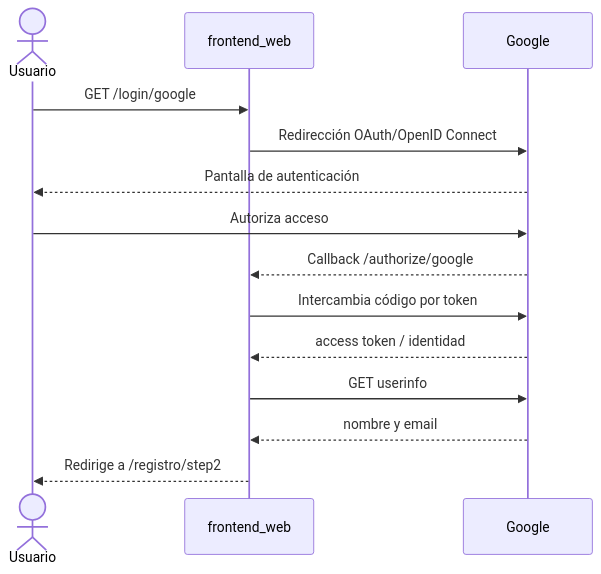
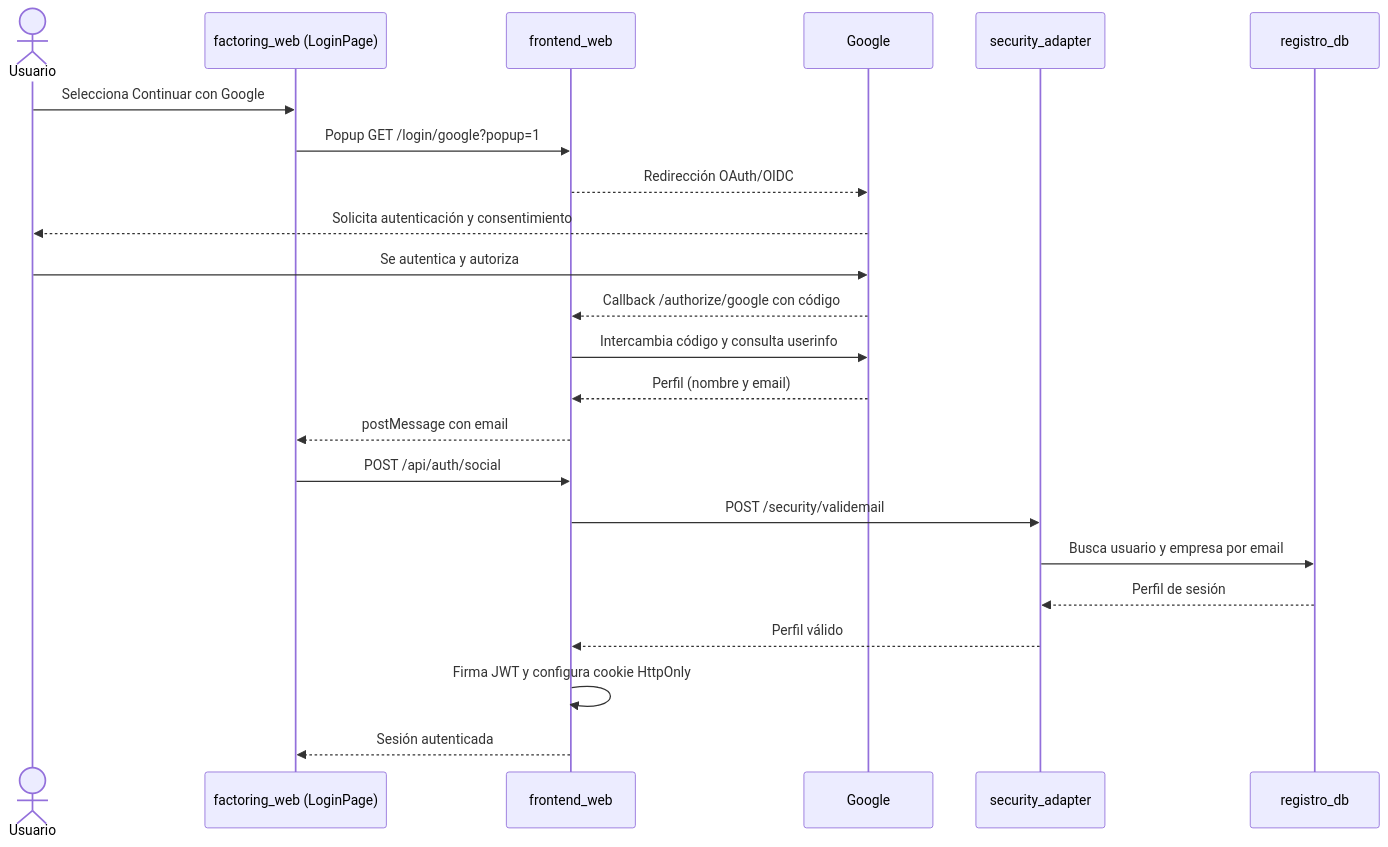
One commit to syslet/tecsup-arq-factoring-dist changed the fifth of 6 diagrams in README.md. Above: the diagram before and after it, drawn with Mermaid. The commit also changed other lines of this file and 28 other files, not shown here.

````diff
--- a/README.md
+++ b/README.md
@@ -241,17 +312,26 @@
 ```mermaid
 sequenceDiagram
     actor Usuario
-    participant Frontend as frontend_web
+    participant Web as factoring_web (LoginPage)
+    participant API as frontend_web
     participant Google
+    participant Security as security_adapter
+    participant DB as registro_db
 
-    Usuario->>Frontend: GET /login/google
-    Frontend->>Google: Redirección OAuth/OpenID Connect
-    Google-->>Usuario: Pantalla de autenticación
-    Usuario->>Google: Autoriza acceso
-    Google-->>Frontend: Callback /authorize/google
-    Frontend->>Google: Intercambia código por token
-    Google-->>Frontend: access token / identidad
-    Frontend->>Google: GET userinfo
-    Google-->>Frontend: nombre y email
-    Frontend-->>Usuario: Redirige a /registro/step2
+    Usuario->>Web: Selecciona Continuar con Google
+    Web->>API: Popup GET /login/google?popup=1
+    API-->>Google: Redirección OAuth/OIDC
+    Google-->>Usuario: Solicita autenticación y consentimiento
+    Usuario->>Google: Se autentica y autoriza
+    Google-->>API: Callback /authorize/google con código
+    API->>Google: Intercambia código y consulta userinfo
+    Google-->>API: Perfil (nombre y email)
+    API-->>Web: postMessage con email
+    Web->>API: POST /api/auth/social
+    API->>Security: POST /security/validemail
+    Security->>DB: Busca usuario y empresa por email
+    DB-->>Security: Perfil de sesión
+    Security-->>API: Perfil válido
+    API->>API: Firma JWT y configura cookie HttpOnly
+    API-->>Web: Sesión autenticada
 ```
````
